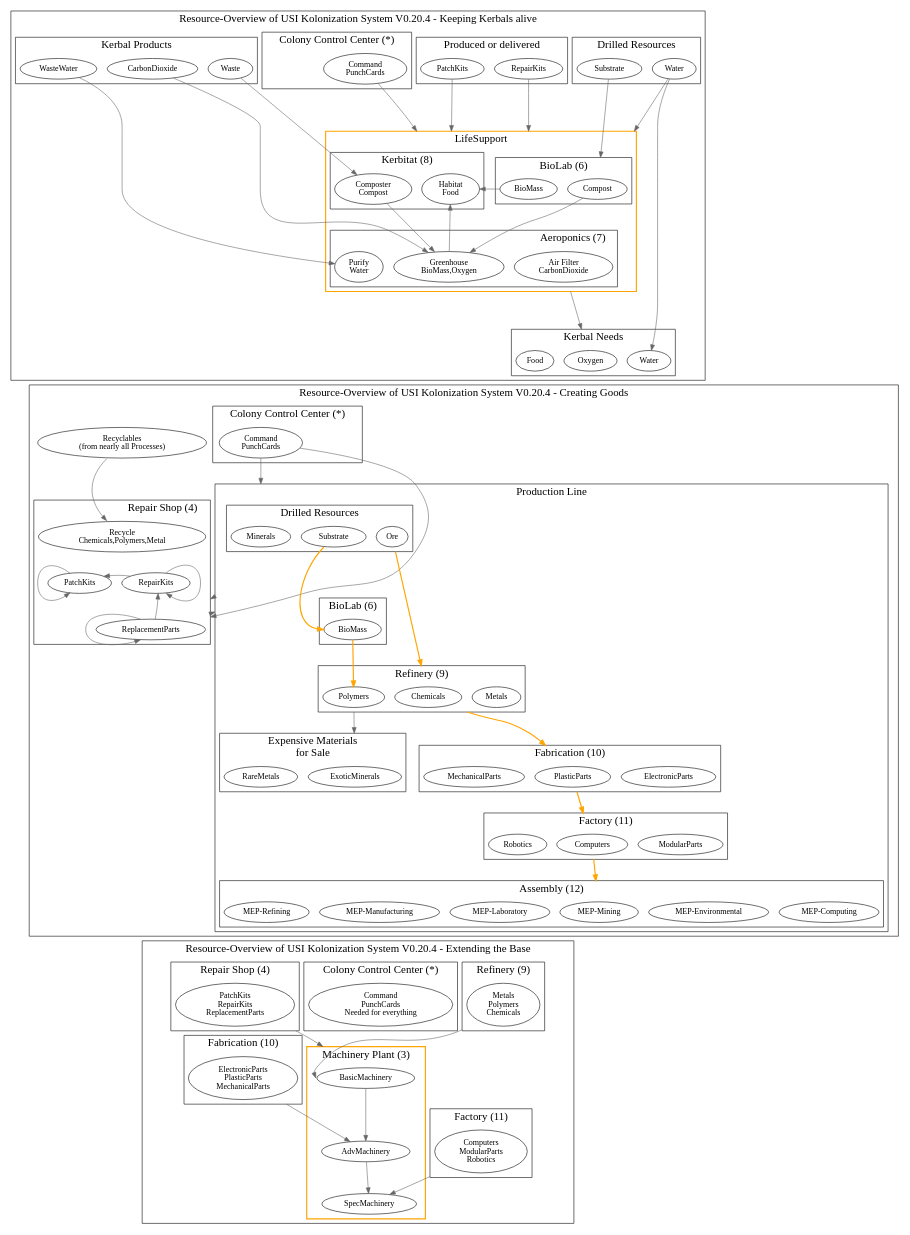
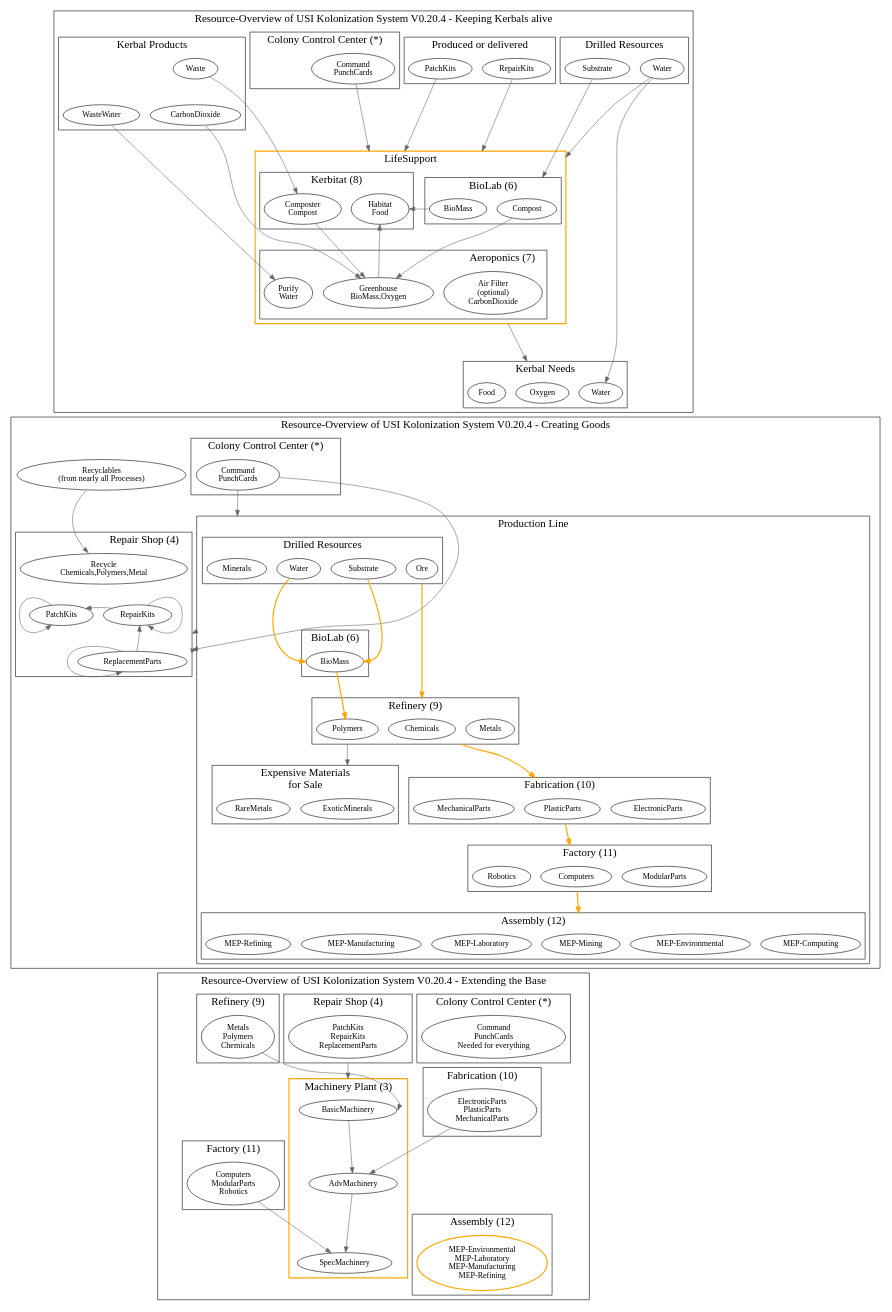
One commit to mhoram-kerbin/USI-Kolonization-Systems-Resources changed the diagram in Resources.dot. Above: the diagram before and after it, drawn with Graphviz.

Commit message:
Fixed some requirements.

```diff
--- a/Resources.dot
+++ b/Resources.dot
@@ -1,4 +1,4 @@
-/*
+/* -*- coding: utf-8; -*-
 Overview over USI Kolonization System Resources V0.20.4
 Copyright 2014 By Mhoram
 
@@ -40,6 +40,8 @@
             Waste;
             WasteWater;
             CarbonDioxide;
+            Waste -> CarbonDioxide [weight=10,style=invisible,arrowhead=none];
+            Waste -> WasteWater [style=invisible,arrowhead=none];
         }
 
         subgraph clusterKerbalNeeds {
@@ -77,7 +79,7 @@
                 label="Aeroponics (7)";
                 labeljust="r";
                 color="black"; penwidth=1;
-                "Air Filter" [label="Air Filter\nCarbonDioxide"];
+                "Air Filter" [label="Air Filter\n(optional)\nCarbonDioxide"];
                 Greenhouse [label="Greenhouse\nBioMass,Oxygen"];
                 Purify [label="Purify\nWater"];
             }
@@ -89,12 +91,13 @@
             Compost -> Greenhouse;
 
         }
-#        CarbonDioxide -> Compost [lhead=clusterLIFESUPPORT; ltail=clusterKerbal];
+
         edge [minlen=3, color="#666666"];
+
 
         Waste -> Composter;
         WasteWater -> Purify;
-        CarbonDioxide -> Greenhouse;
+        CarbonDioxide -> Greenhouse [tailport=se, weight=2];
 
         PatchKitsL -> Habitat [lhead=clusterLIFESUPPORT];
         RepairKitsL -> BioMass [lhead=clusterLIFESUPPORT];
@@ -126,6 +129,7 @@
 
             subgraph clusterResources {
                 label="Drilled Resources";
+                WaterR [label="Water"];
                 SubstrateR [label="Substrate"];
                 Ore;
                 Minerals;
@@ -206,7 +210,8 @@
         CommandP -> ReplacementParts [lhead=clusterRepair,constraint = false];
         ReplacementParts -> Ore [lhead=clusterProductionLine,ltail=clusterRepair];
         PBioMass -> Polymers [penwidth=2, color="orange"];
-        SubstrateR -> PBioMass [tailport=sw,headport=w, penwidth=2, color="orange"];
+        SubstrateR -> PBioMass [headport=e, penwidth=2, color="orange"];
+        WaterR -> PBioMass [tailport=sw,headport=w, penwidth=2, color="orange"];
         SubstrateR -> ReplacementParts [ltail=clusterProductionLine,lhead=clusterRepair];
 
         Polymers -> ExoticMinerals [ltail=clusterRefinery,lhead=clusterSpecials];
@@ -254,6 +259,11 @@
             ComputersE [label="Computers\nModularParts\nRobotics"];
         }
 
+        subgraph clusterAssemblyE {
+            label="Assembly (12)"
+            AssemblyE [label="MEP-Environmental\nMEP-Laboratory\nMEP-Manufacturing\nMEP-Refining", color="orange",penwidth=2];
+        }
+
         subgraph clusterMachinery {
             label="Machinery Plant (3)";
             color="orange";penwidth=2;
@@ -265,11 +275,14 @@
 
         edge [color="#666666"];
 
-        RepairKitsE -> BasicMachinery [lhead=clusterMachinery; ltail=clusterRepairE];
+        RepairKitsE -> BasicMachinery [lhead=clusterMachinery; ltail=clusterRepairE,weight=10];
 
-        PolymersE -> BasicMachinery[ltail=clusterRefineryE,headport=w];
-        PlasticPartsE -> AdvMachinery[ltail=clusterFabricationE];
-        ComputersE -> SpecMachinery[ltail=clusterFactoryE];
+        PolymersE -> BasicMachinery[headport=e];
+        PlasticPartsE -> AdvMachinery;
+        ComputersE -> SpecMachinery;
+        CommandE -> PlasticPartsE [style=invisible,arrowhead=none];
+        PlasticPartsE -> AssemblyE [style=invisible,arrowhead=none];
+        AdvMachinery -> AssemblyE [style=invisible,arrowhead=none];
     }
 
     # make the graphs appear below each other
```
